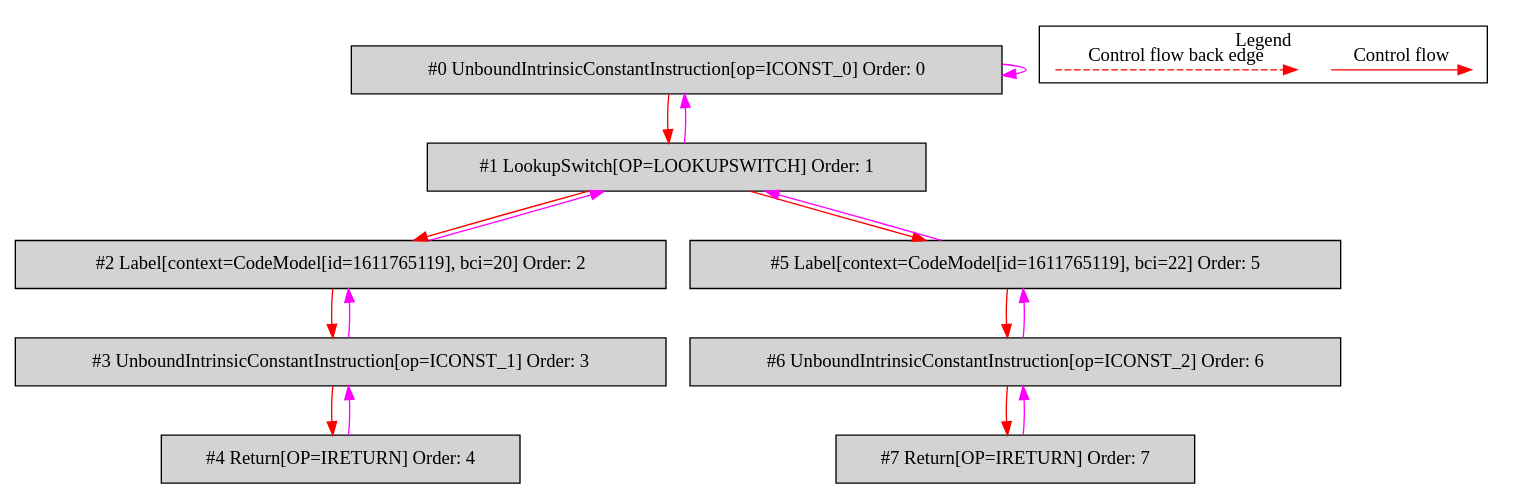
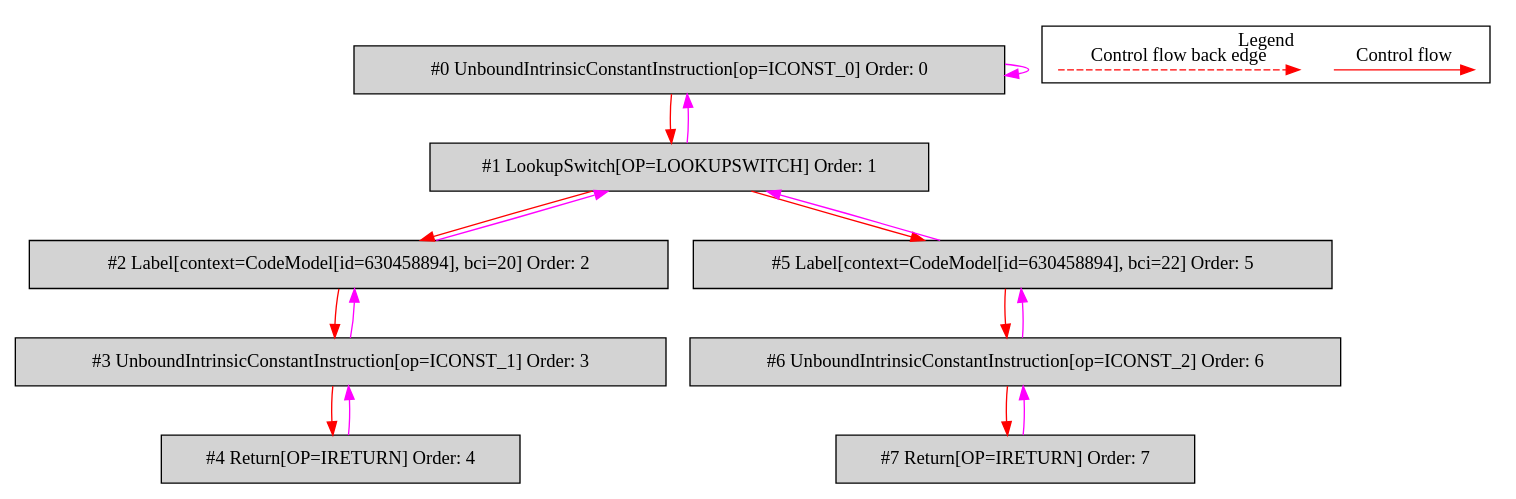
Before and after one commit to mirkosertic/MetaIR: the diagram in de.mirkosertic.metair.ir.OpcodeLOOKUPSWITCHTest/test_LOOKUPSWITCH/bytecodecfg.dot, drawn with Graphviz. The commit also changed 569 other files, not shown here.

```diff
--- a/de.mirkosertic.metair.ir.OpcodeLOOKUPSWITCHTest/test_LOOKUPSWITCH/bytecodecfg.dot
+++ b/de.mirkosertic.metair.ir.OpcodeLOOKUPSWITCHTest/test_LOOKUPSWITCH/bytecodecfg.dot
@@ -1,40 +1,40 @@
 digraph {
  ordering="in";
  node0[label="#0 UnboundIntrinsicConstantInstruction[op=ICONST_0] Order: 0", shape=box, fillcolor=lightgrey, style=filled];
  node1[label="#1 LookupSwitch[OP=LOOKUPSWITCH] Order: 1", shape=box, fillcolor=lightgrey, style=filled];
- node2[label="#2 Label[context=CodeModel[id=1611765119], bci=20] Order: 2", shape=box, fillcolor=lightgrey, style=filled];
+ node2[label="#2 Label[context=CodeModel[id=630458894], bci=20] Order: 2", shape=box, fillcolor=lightgrey, style=filled];
  node3[label="#3 UnboundIntrinsicConstantInstruction[op=ICONST_1] Order: 3", shape=box, fillcolor=lightgrey, style=filled];
  node4[label="#4 Return[OP=IRETURN] Order: 4", shape=box, fillcolor=lightgrey, style=filled];
- node5[label="#5 Label[context=CodeModel[id=1611765119], bci=22] Order: 5", shape=box, fillcolor=lightgrey, style=filled];
+ node5[label="#5 Label[context=CodeModel[id=630458894], bci=22] Order: 5", shape=box, fillcolor=lightgrey, style=filled];
  node6[label="#6 UnboundIntrinsicConstantInstruction[op=ICONST_2] Order: 6", shape=box, fillcolor=lightgrey, style=filled];
  node7[label="#7 Return[OP=IRETURN] Order: 7", shape=box, fillcolor=lightgrey, style=filled];
  node0 -> node0[color=fuchsia];
  node0 -> node1[color=red];
  node1 -> node0[color=fuchsia];
  node1 -> node2[color=red];
  node2 -> node1[color=fuchsia];
  node2 -> node3[color=red];
  node3 -> node2[color=fuchsia];
  node3 -> node4[color=red];
  node4 -> node3[color=fuchsia];
  node1 -> node5[color=red];
  node5 -> node1[color=fuchsia];
  node5 -> node6[color=red];
  node6 -> node5[color=fuchsia];
  node6 -> node7[color=red];
  node7 -> node6[color=fuchsia];
  subgraph cluster_000 {
   label = "Legend";
   node [shape=point]
   {
    rank=same;
    c0 [style = invis];
    c1 [style = invis];
    c2 [style = invis];
    c3 [style = invis];
   }
   c0 -> c1 [label="Control flow", style=solid, color=red]
   c2 -> c3 [label="Control flow back edge", style=dashed, color=red]
  }
 
 }
```
